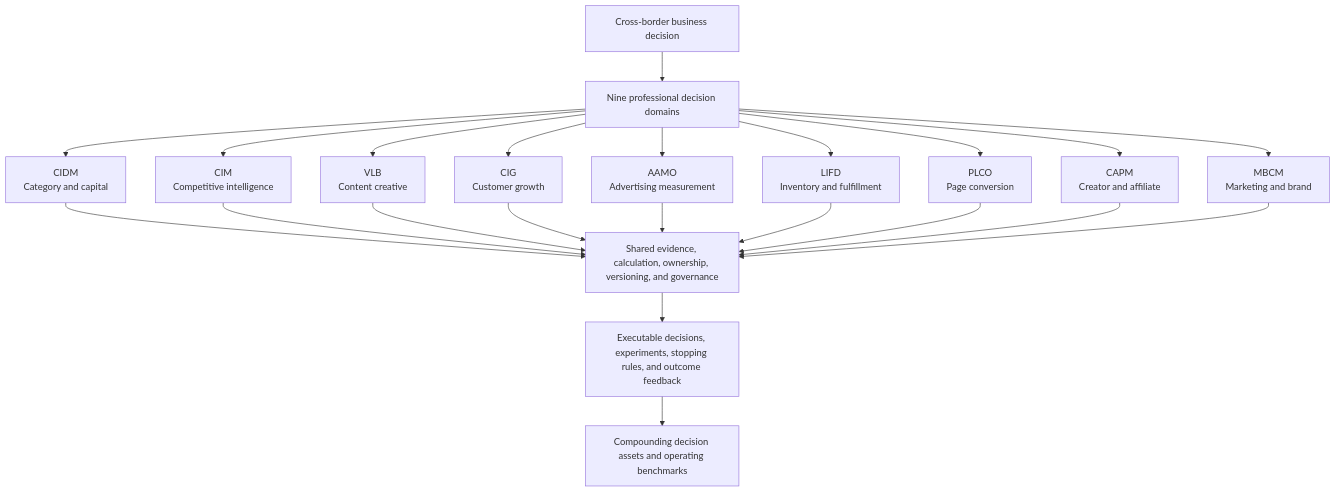
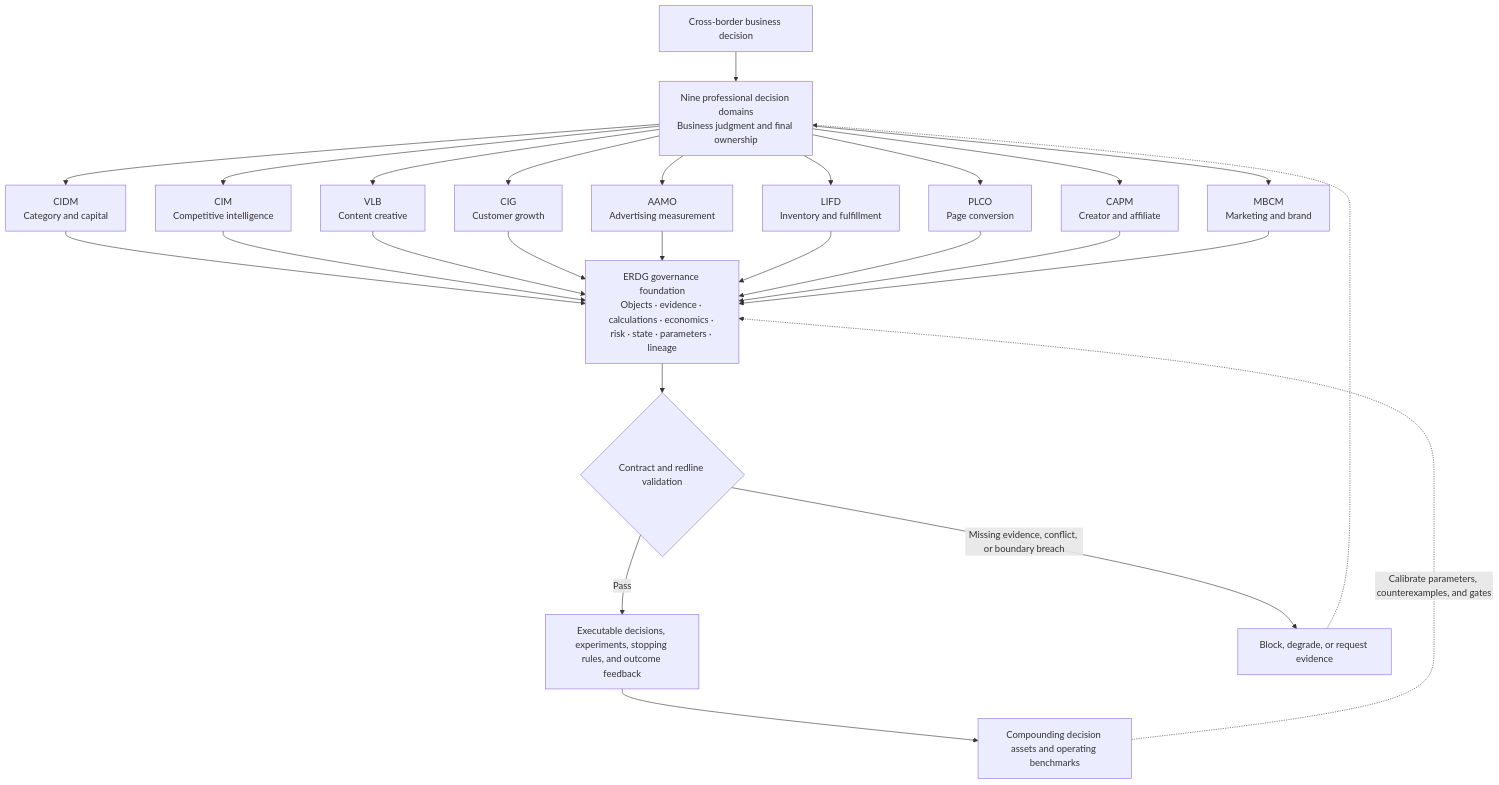
The first of 2 diagrams in README.en.md (saye-chen/CrossBorder-Decision-Lab), drawn with Mermaid before and after one commit. The commit also changed other lines of this file and 2 other files, not shown here.

Commit message:
Show ERDG in homepage architecture

````diff
--- a/README.en.md
+++ b/README.en.md
@@ -73,18 +73,22 @@
 ```mermaid
 flowchart TB
-    U["Cross-border business decision"] --> D["Nine professional decision domains"]
+    U["Cross-border business decision"] --> D["Nine professional decision domains<br/>Business judgment and final ownership"]
 
     D --> CIDM["CIDM<br/>Category and capital"]
     D --> CIM["CIM<br/>Competitive intelligence"]
     D --> VLB["VLB<br/>Content creative"]
     D --> CIG["CIG<br/>Customer growth"]
     D --> AAMO["AAMO<br/>Advertising measurement"]
     D --> LIFD["LIFD<br/>Inventory and fulfillment"]
     D --> PLCO["PLCO<br/>Page conversion"]
     D --> CAPM["CAPM<br/>Creator and affiliate"]
     D --> MBCM["MBCM<br/>Marketing and brand"]
 
-    CIDM & CIM & VLB & CIG & AAMO & LIFD & PLCO & CAPM & MBCM --> E["Shared evidence, calculation, ownership, versioning, and governance"]
-    E --> O["Executable decisions, experiments, stopping rules, and outcome feedback"]
+    CIDM & CIM & VLB & CIG & AAMO & LIFD & PLCO & CAPM & MBCM --> E["ERDG governance foundation<br/>Objects · evidence · calculations · economics · risk · state · parameters · lineage"]
+    E --> G{"Contract and redline validation"}
+    G -->|"Pass"| O["Executable decisions, experiments, stopping rules, and outcome feedback"]
+    G -->|"Missing evidence, conflict, or boundary breach"| B["Block, degrade, or request evidence"]
+    B -.-> D
     O --> A["Compounding decision assets and operating benchmarks"]
+    A -.->|"Calibrate parameters, counterexamples, and gates"| E
 ```
````
